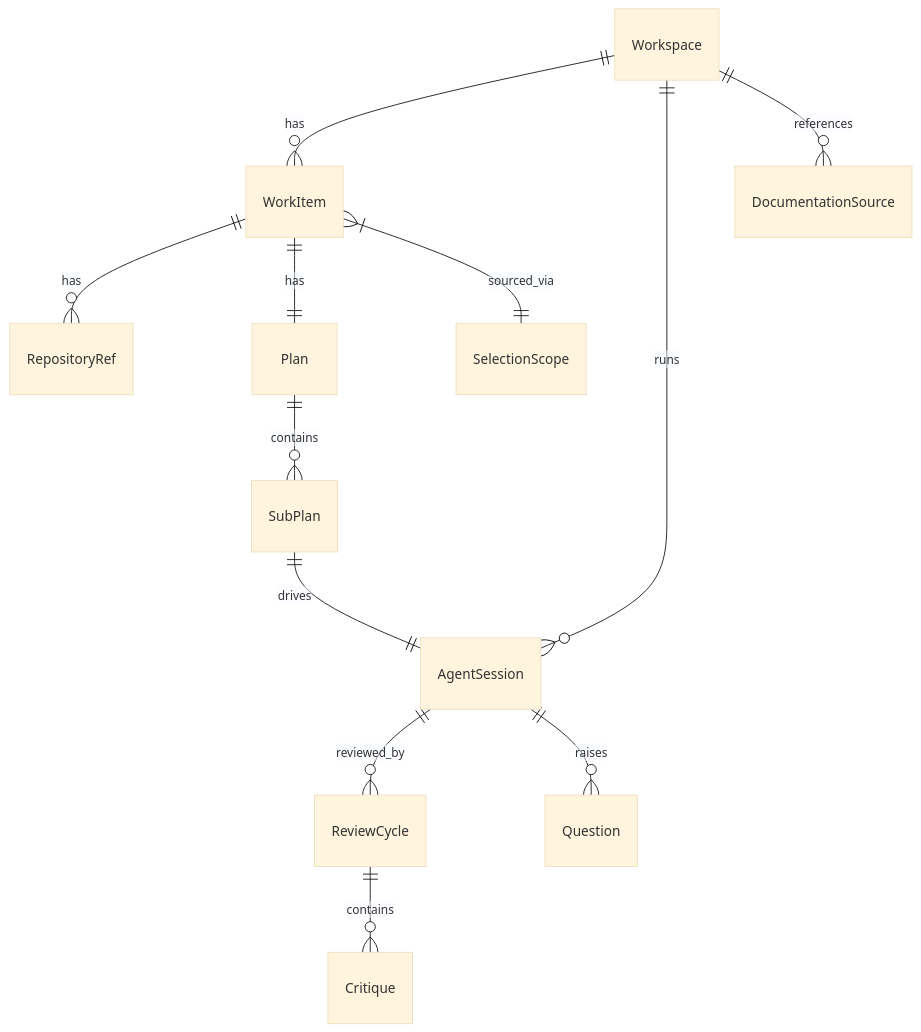
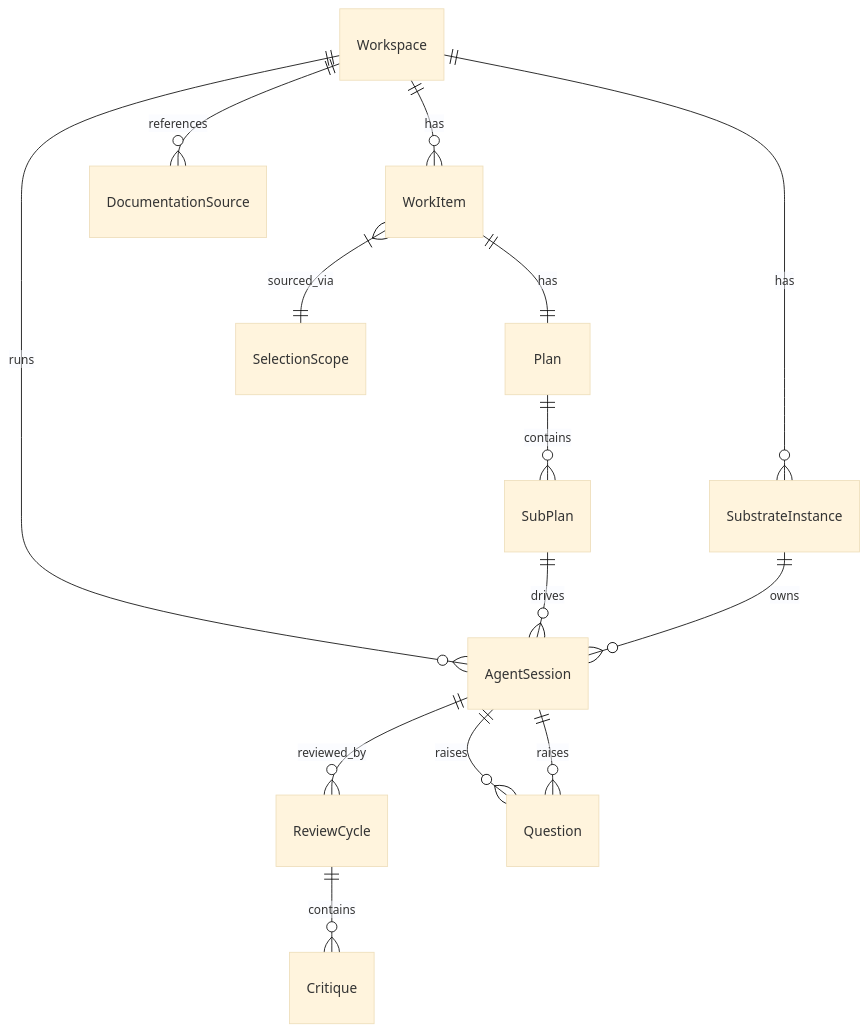
One commit to beeemT/substrate changed the third of 3 diagrams in docs/01-domain-model.md. Above: the diagram before and after it, drawn with Mermaid (base theme). The commit also changed other lines of this file and 6 other files, not shown here.

````diff
--- a/docs/01-domain-model.md
+++ b/docs/01-domain-model.md
@@ -399,14 +441,16 @@
 ```mermaid
 erDiagram
     Workspace ||--o{ WorkItem : has
-    WorkItem ||--o{ RepositoryRef : has
     WorkItem ||--|| Plan : has
     WorkItem }|--|| SelectionScope : sourced_via
     Plan ||--o{ SubPlan : contains
     Workspace ||--o{ AgentSession : runs
-    SubPlan ||--|| AgentSession : drives
+	SubPlan ||--o{ AgentSession : drives
     AgentSession ||--o{ ReviewCycle : reviewed_by
     ReviewCycle ||--o{ Critique : contains
     AgentSession ||--o{ Question : raises
+    AgentSession ||--o{ Question : raises
     Workspace ||--o{ DocumentationSource : references
+    Workspace ||--o{ SubstrateInstance : has
+    SubstrateInstance ||--o{ AgentSession : owns
 ```
````
